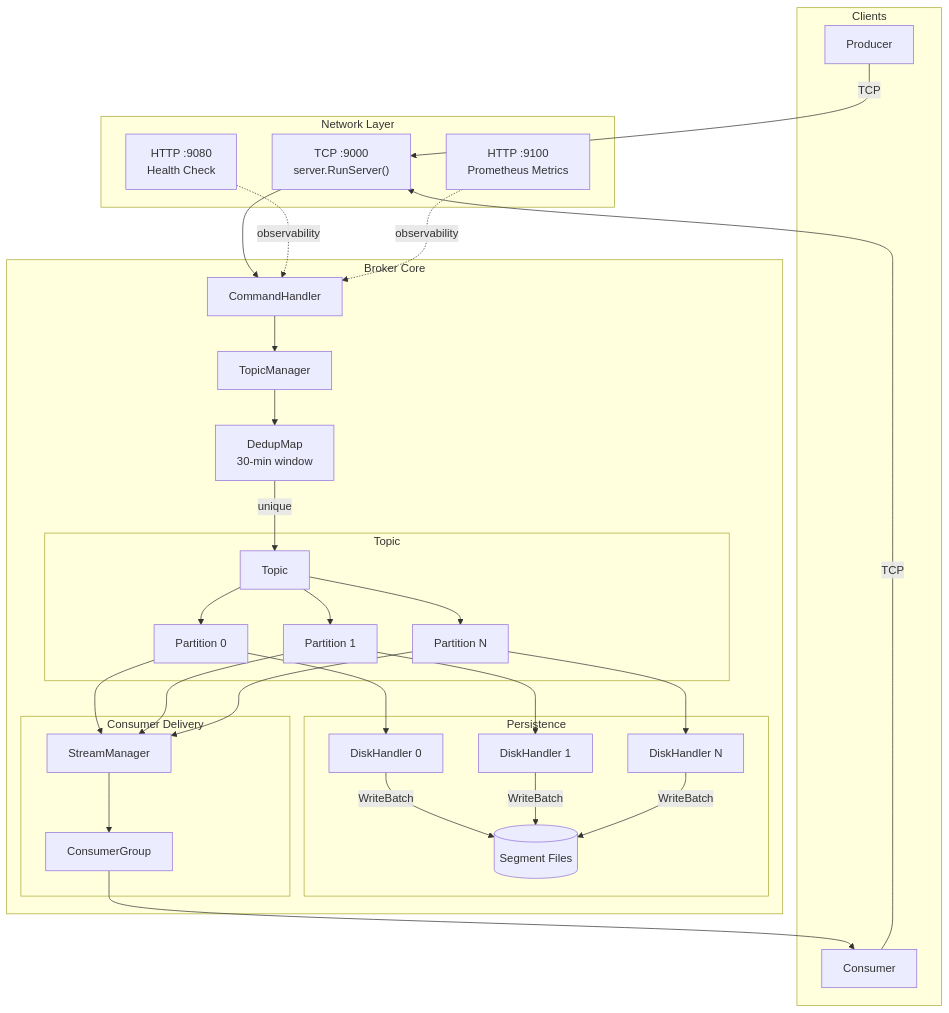
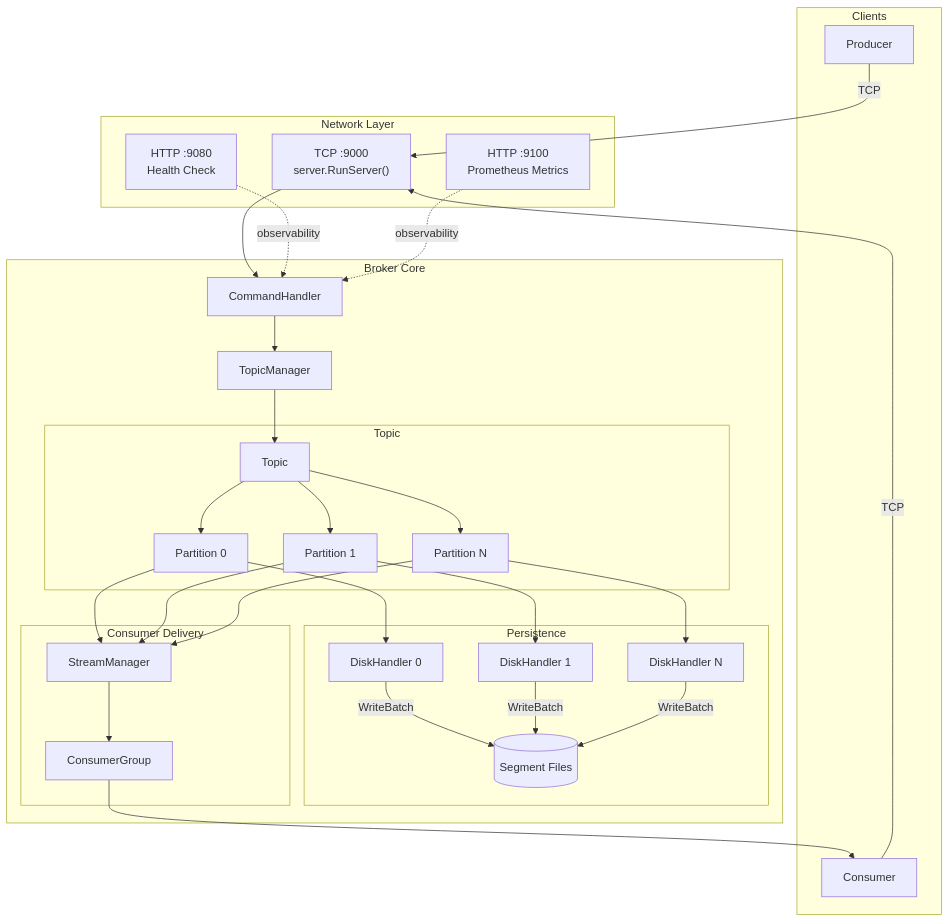
The first of 8 diagrams in docs/architecture.md (cursus-io/cursus), drawn with Mermaid before and after one commit. The commit also changed other lines of this file and 58 other files, not shown here.

````diff
--- a/docs/architecture.md
+++ b/docs/architecture.md
@@ -13,54 +13,52 @@
 ```mermaid
 flowchart TB
     subgraph "Clients"
         P[Producer]
         C[Consumer]
     end
 
     subgraph "Network Layer"
         TCP["TCP :9000\nserver.RunServer()"]
         HTTP1["HTTP :9080\nHealth Check"]
         HTTP2["HTTP :9100\nPrometheus Metrics"]
     end
 
     subgraph "Broker Core"
         CMD[CommandHandler]
         TM[TopicManager]
-        DM[DedupMap\n30-min window]
 
         subgraph "Topic"
             T[Topic]
             P0[Partition 0]
             P1[Partition 1]
             PN[Partition N]
         end
 
         subgraph "Persistence"
             DH0[DiskHandler 0]
             DH1[DiskHandler 1]
             DHN[DiskHandler N]
             SEG[(Segment Files)]
         end
 
         subgraph "Consumer Delivery"
             SM[StreamManager]
             CG[ConsumerGroup]
         end
     end
 
     P -->|TCP| TCP
     C -->|TCP| TCP
     TCP --> CMD
     CMD --> TM
-    TM --> DM
-    DM -->|unique| T
+    TM --> T
     T --> P0 & P1 & PN
     P0 --> DH0
     P1 --> DH1
     PN --> DHN
     DH0 & DH1 & DHN -->|WriteBatch| SEG
     P0 & P1 & PN --> SM
     SM --> CG
     CG --> C
     HTTP1 & HTTP2 -.->|observability| CMD
 ```
````
